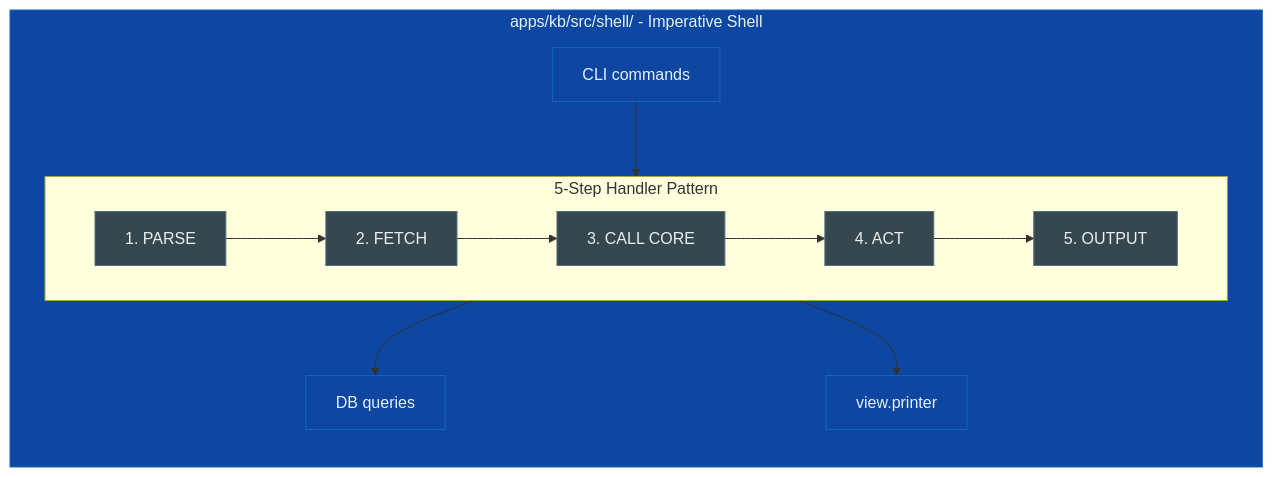
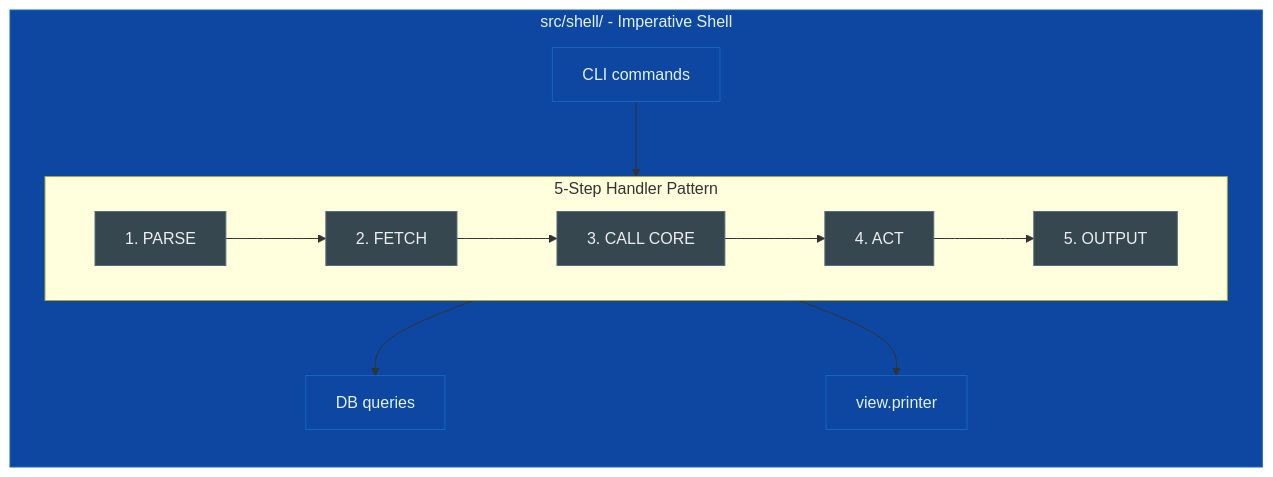
Before and after one commit to roalcantara/kodexb: the first of 2 diagrams in assets/guides/FCIS.guide.md, drawn with Mermaid. The commit also changed other lines of this file and 560 other files, not shown here.

````diff
--- a/assets/guides/FCIS.guide.md
+++ b/assets/guides/FCIS.guide.md
@@ -31,24 +53,24 @@
 ```mermaid
 flowchart TB
-    subgraph SHELL[" apps/kb/src/shell/ - Imperative Shell "]
+    subgraph SHELL[" src/shell/ - Imperative Shell "]
         direction TB
         CLI["CLI commands"]
         subgraph STEPS[" 5-Step Handler Pattern "]
             P["1. PARSE"]
             F["2. FETCH"]
             C["3. CALL CORE"]
             A["4. ACT"]
             O["5. OUTPUT"]
             P --> F --> C --> A --> O
         end
         DB["DB queries"]
         PRINTER["view.printer"]
         CLI --> STEPS
         STEPS --> DB
         STEPS --> PRINTER
     end
     classDef shell fill:#0d47a1,stroke:#1565c0,color:#e3f2fd
     classDef steps fill:#37474f,stroke:#546e7a,color:#eceff1
     class SHELL,CLI,DB,PRINTER shell
     class P,F,C,A,O steps
 ```
````
